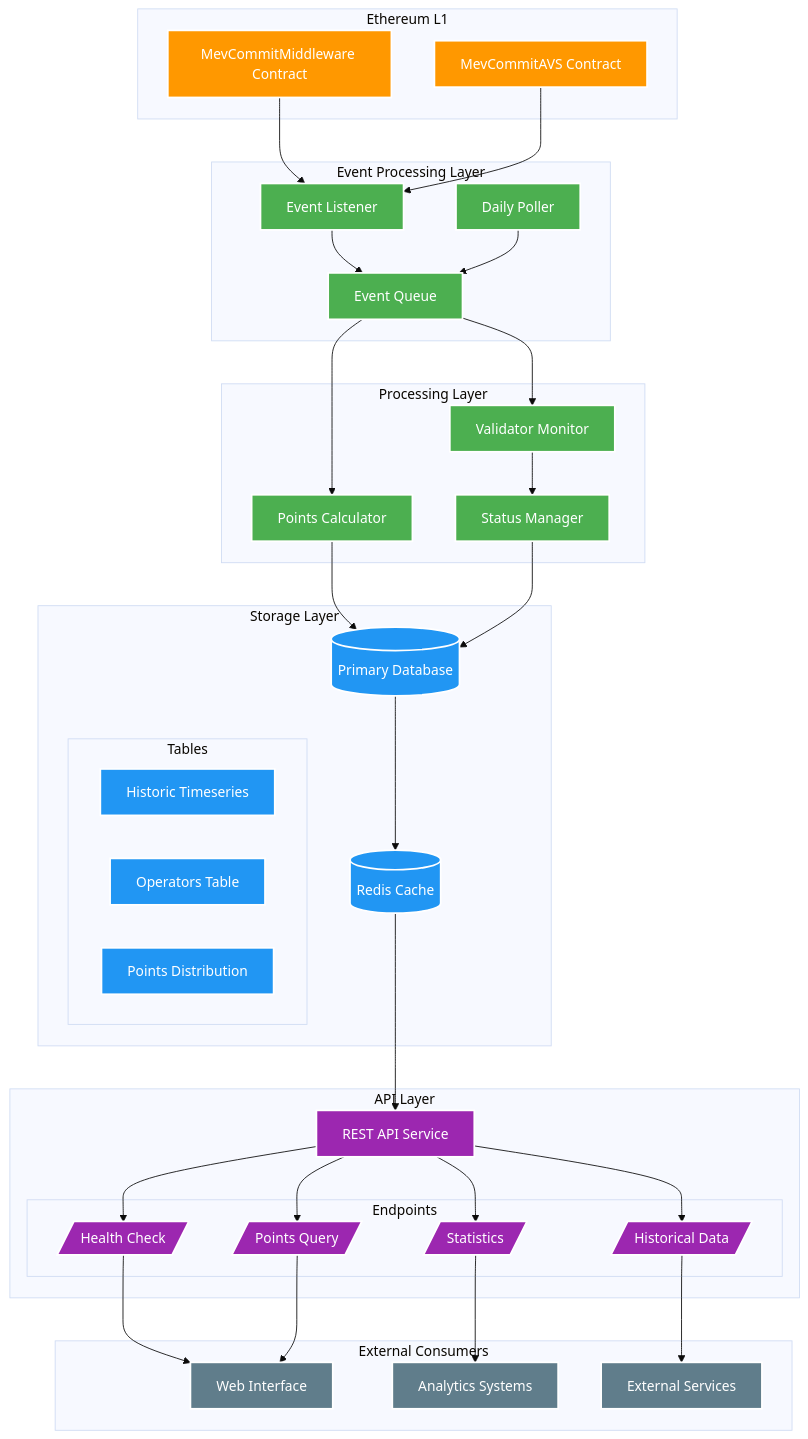
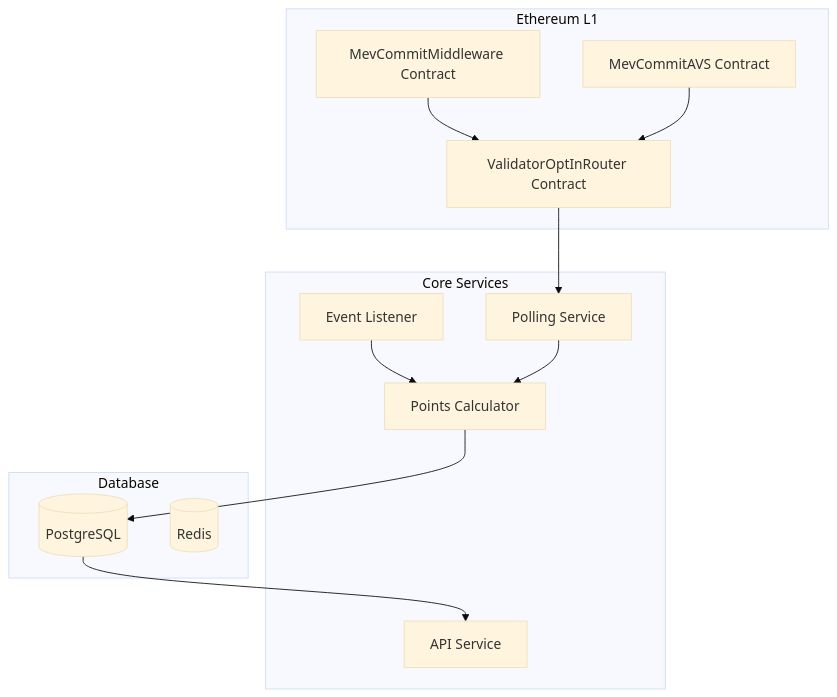
Before and after one commit to primev/mev-commit: the diagram in specifications/points-spec.md, drawn with Mermaid (base theme). The commit also changed other lines of this file, not shown here.

````diff
--- a/specifications/points-spec.md
+++ b/specifications/points-spec.md
@@ -16,77 +14,28 @@
 ```mermaid
 flowchart TB
     subgraph Blockchain[Ethereum L1]
         MC[MevCommitMiddleware Contract]
         AVS[MevCommitAVS Contract]
+        VR[ValidatorOptInRouter Contract]
     end
 
-    subgraph EventProcessing[Event Processing Layer]
+    subgraph Core[Core Services]
         EL[Event Listener]
-        DP[Daily Poller]
-        Q[Event Queue]
-        EL --> Q
-        DP --> Q
+        PS[Polling Service]
+        PC[Points Calculator]
+        API[API Service]
     end
 
-    subgraph Processing[Processing Layer]
-        PC[Points Calculator]
-        VM[Validator Monitor]
-        SM[Status Manager]
+    subgraph Storage[Database]
+        DB[(PostgreSQL)]
+        Cache[(Redis)]
     end
 
-    subgraph Storage[Storage Layer]
-        DB[(Primary Database)]
-        Cache[(Redis Cache)]
-        subgraph Tables
-            HT[Historic Timeseries]
-            OT[Operators Table]
-            PD[Points Distribution]
-        end
-    end
-
-    subgraph API[API Layer]
-        REST[REST API Service]
-        subgraph Endpoints
-            Health[/Health Check/]
-            Points[/Points Query/]
-            Stats[/Statistics/]
-            History[/Historical Data/]
-        end
-    end
-
-    subgraph Consumers[External Consumers]
-        UI[Web Interface]
-        Analytics[Analytics Systems]
-        External[External Services]
-    end
-
-    MC --> EL
-    AVS --> EL
-    Q --> PC
-    Q --> VM
-    VM --> SM
+    MC --> VR
+    AVS --> VR
+    VR --> PS
+    EL --> PC
+    PS --> PC
     PC --> DB
-    SM --> DB
-    DB --> Cache
-    Cache --> REST
-    REST --> Health
-    REST --> Points
-    REST --> Stats
-    REST --> History
-    Health --> UI
-    Points --> UI
-    Stats --> Analytics
-    History --> External
-
-    classDef contract fill:#ff9800,stroke:#fff,stroke-width:2px,color:#fff
-    classDef processor fill:#4caf50,stroke:#fff,stroke-width:2px,color:#fff
-    classDef storage fill:#2196f3,stroke:#fff,stroke-width:2px,color:#fff
-    classDef api fill:#9c27b0,stroke:#fff,stroke-width:2px,color:#fff
-    classDef consumer fill:#607d8b,stroke:#fff,stroke-width:2px,color:#fff
-
-    class MC,AVS contract
-    class EL,DP,Q,PC,VM,SM processor
-    class DB,Cache,HT,OT,PD storage
-    class REST,Health,Points,Stats,History api
-    class UI,Analytics,External consumer
+    DB --> API
 ```
````
